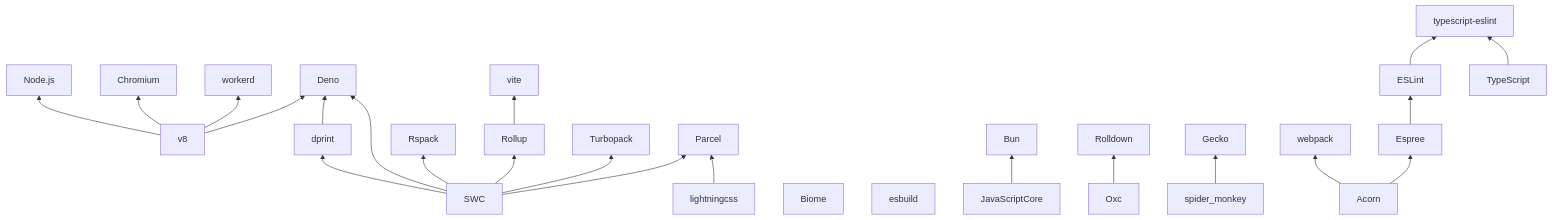
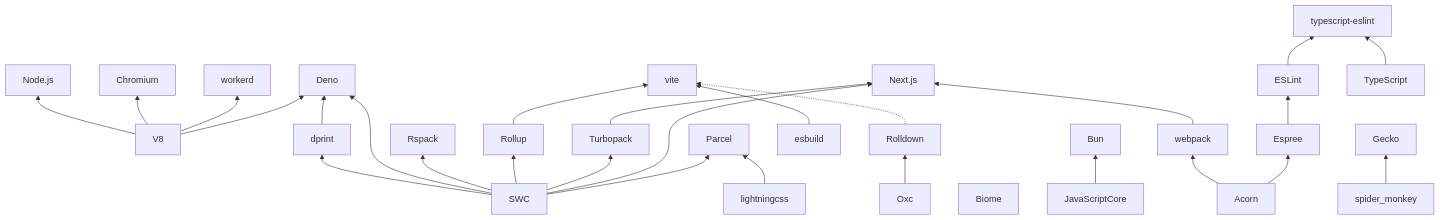
Before and after one commit to rei1024/note: the diagram in notes/js-tools.md, drawn with Mermaid. The commit also changed other lines of this file, not shown here.

````diff
--- a/notes/js-tools.md
+++ b/notes/js-tools.md
@@ -3,26 +3,31 @@
 ```mermaid
 flowchart BT
-  v8 --> node[Node.js]
+  v8[V8] --> node[Node.js]
   v8 --> chromium[Chromium]
   v8 --> workerd
   v8 --> deno[Deno]
   dprint --> deno
   swc[SWC] --> dprint
   swc --> deno
   swc --> rspack[Rspack]
   swc --> rollup[Rollup]
   swc --> turbopack[Turbopack]
+  swc --> nextjs[Next.js]
+  turbopack --> nextjs
+  webpack --> nextjs
   swc --> parcel[Parcel]
   lightningcss --> parcel
+  oxc[Oxc] --> rolldown[Rolldown]
+  rolldown -.-> vite
   rollup --> vite
+  esbuild --> vite
   biome[Biome]
   esbuild
   jsc[JavaScriptCore] --> bun[Bun]
-  oxc[Oxc] --> rolldown[Rolldown]
   spider_monkey --> gecko[Gecko]
   acorn[Acorn] --> webpack
   acorn --> espree[Espree]
   espree --> eslint[ESLint]
   eslint --> typescript_eslint[typescript-eslint]
   ts[TypeScript] --> typescript_eslint
 ```
````
